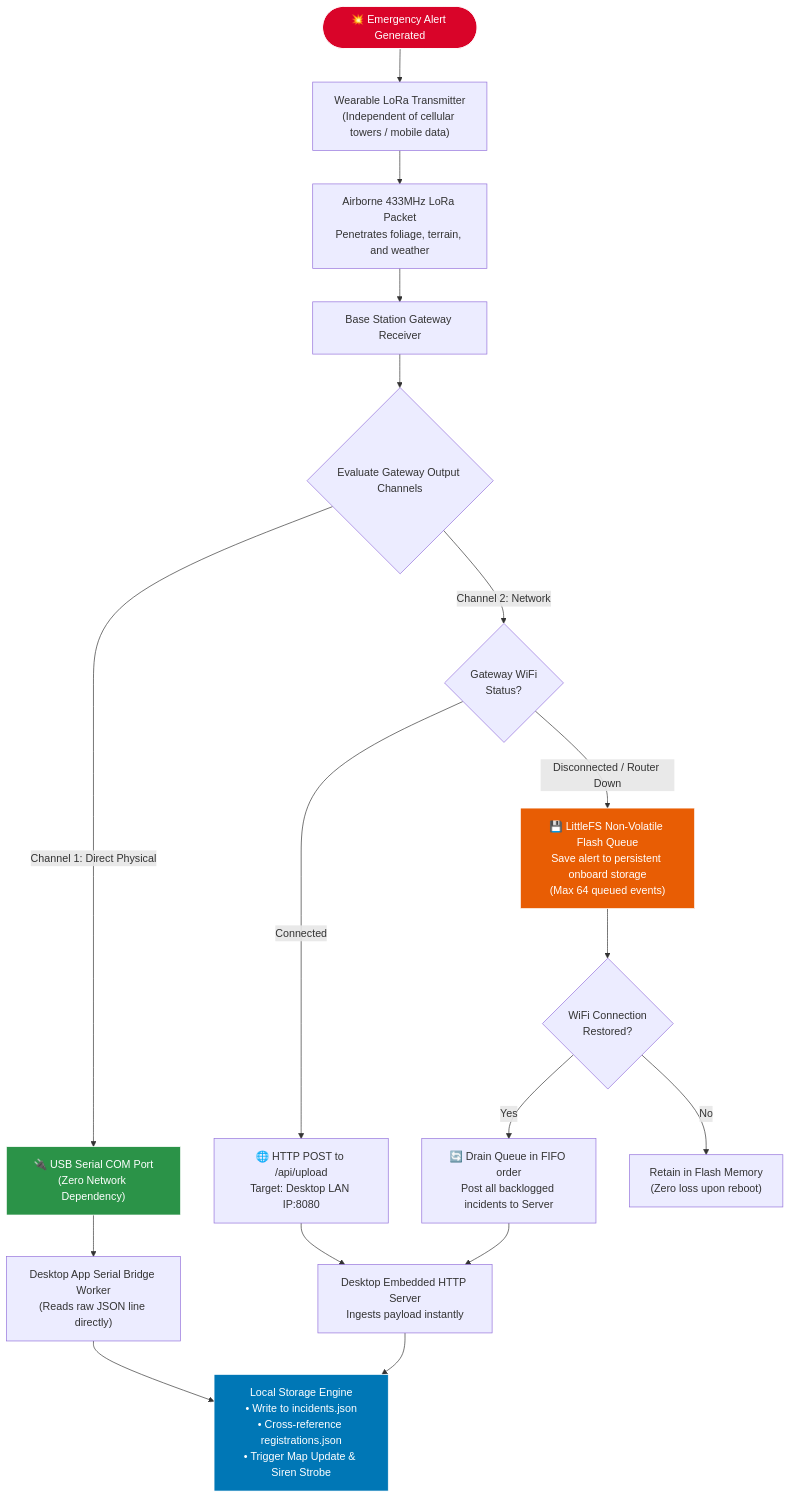
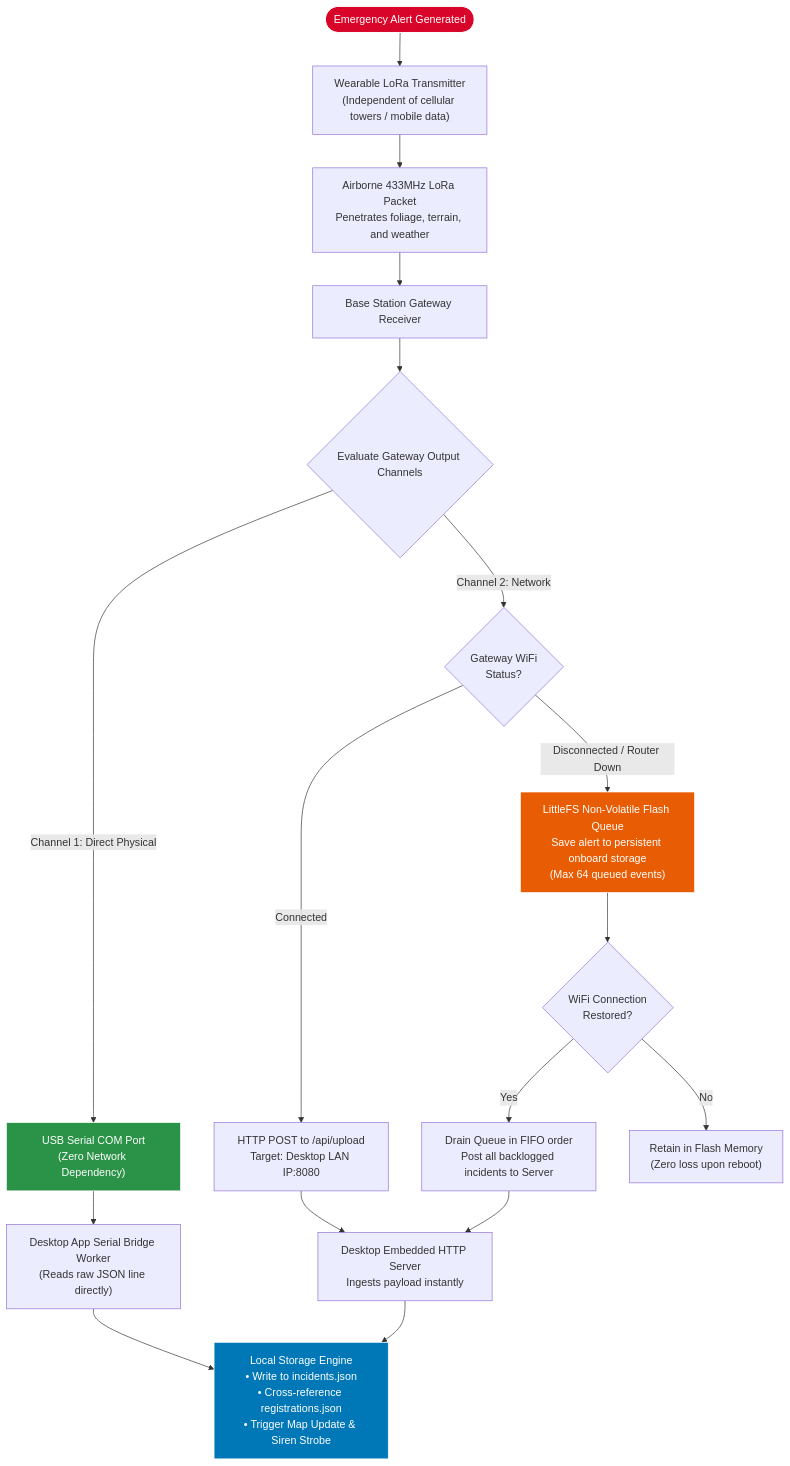
The fourth of 7 diagrams in docs/MD Files/System_Flow_Flowchart.md (JanClyde05/Road-Accident-Monitoring-System), drawn with Mermaid before and after one commit. The commit also changed other lines of this file and 22 other files, not shown here.

````diff
--- a/docs/MD Files/System_Flow_Flowchart.md
+++ b/docs/MD Files/System_Flow_Flowchart.md
@@ -180,35 +188,35 @@
 ```mermaid
 flowchart TD
-    CRASH(["💥 Emergency Alert Generated"]) --> WEARABLE_TX["Wearable LoRa Transmitter\n(Independent of cellular towers / mobile data)"]
+    CRASH(["Emergency Alert Generated"]) --> WEARABLE_TX["Wearable LoRa Transmitter\n(Independent of cellular towers / mobile data)"]
     
     WEARABLE_TX --> LORA_AIR["Airborne 433MHz LoRa Packet\nPenetrates foliage, terrain, and weather"]
     
     LORA_AIR --> BASE_STATION["Base Station Gateway Receiver"]
     
     BASE_STATION --> DUAL_INGEST{"Evaluate Gateway Output Channels"}
 
     %% Path A: Direct USB
-    DUAL_INGEST -->|Channel 1: Direct Physical| USB_SERIAL["🔌 USB Serial COM Port\n(Zero Network Dependency)"]
+    DUAL_INGEST -->|Channel 1: Direct Physical| USB_SERIAL["USB Serial COM Port\n(Zero Network Dependency)"]
     USB_SERIAL --> DESKTOP_IN["Desktop App Serial Bridge Worker\n(Reads raw JSON line directly)"]
 
     %% Path B: Local Network / WiFi
     DUAL_INGEST -->|Channel 2: Network| WIFI_STATUS{"Gateway WiFi\nStatus?"}
     
-    WIFI_STATUS -- "Connected" --> HTTP_POST["🌐 HTTP POST to /api/upload\nTarget: Desktop LAN IP:8080"]
+    WIFI_STATUS -- "Connected" --> HTTP_POST["HTTP POST to /api/upload\nTarget: Desktop LAN IP:8080"]
     HTTP_POST --> DESKTOP_HTTP["Desktop Embedded HTTP Server\nIngests payload instantly"]
     
-    WIFI_STATUS -- "Disconnected / Router Down" --> FLASH_QUEUE["💾 LittleFS Non-Volatile Flash Queue\nSave alert to persistent onboard storage\n(Max 64 queued events)"]
+    WIFI_STATUS -- "Disconnected / Router Down" --> FLASH_QUEUE["LittleFS Non-Volatile Flash Queue\nSave alert to persistent onboard storage\n(Max 64 queued events)"]
     
     FLASH_QUEUE --> RETRY_DAEMON{"WiFi Connection\nRestored?"}
-    RETRY_DAEMON -- Yes --> DRAIN_QUEUE["🔄 Drain Queue in FIFO order\nPost all backlogged incidents to Server"]
+    RETRY_DAEMON -- Yes --> DRAIN_QUEUE["Drain Queue in FIFO order\nPost all backlogged incidents to Server"]
     RETRY_DAEMON -- No --> KEEP_BUFFER["Retain in Flash Memory\n(Zero loss upon reboot)"]
     DRAIN_QUEUE --> DESKTOP_HTTP
 
     DESKTOP_IN --> PERSISTENCE["Local Storage Engine\n• Write to incidents.json\n• Cross-reference registrations.json\n• Trigger Map Update & Siren Strobe"]
     DESKTOP_HTTP --> PERSISTENCE
 
     style CRASH fill:#d90429,stroke:#fff,color:#fff
     style USB_SERIAL fill:#2b9348,stroke:#fff,color:#fff
     style FLASH_QUEUE fill:#e85d04,stroke:#fff,color:#fff
     style PERSISTENCE fill:#0077b6,stroke:#fff,color:#fff
 ```
````
